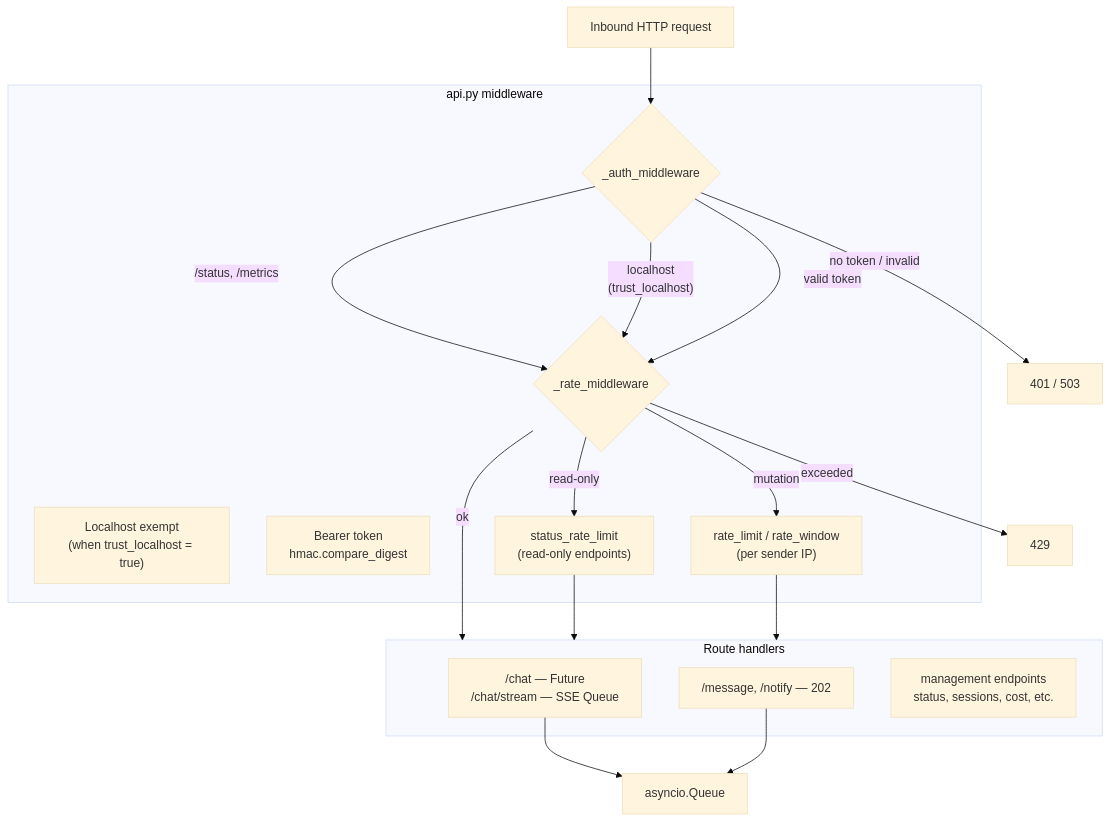
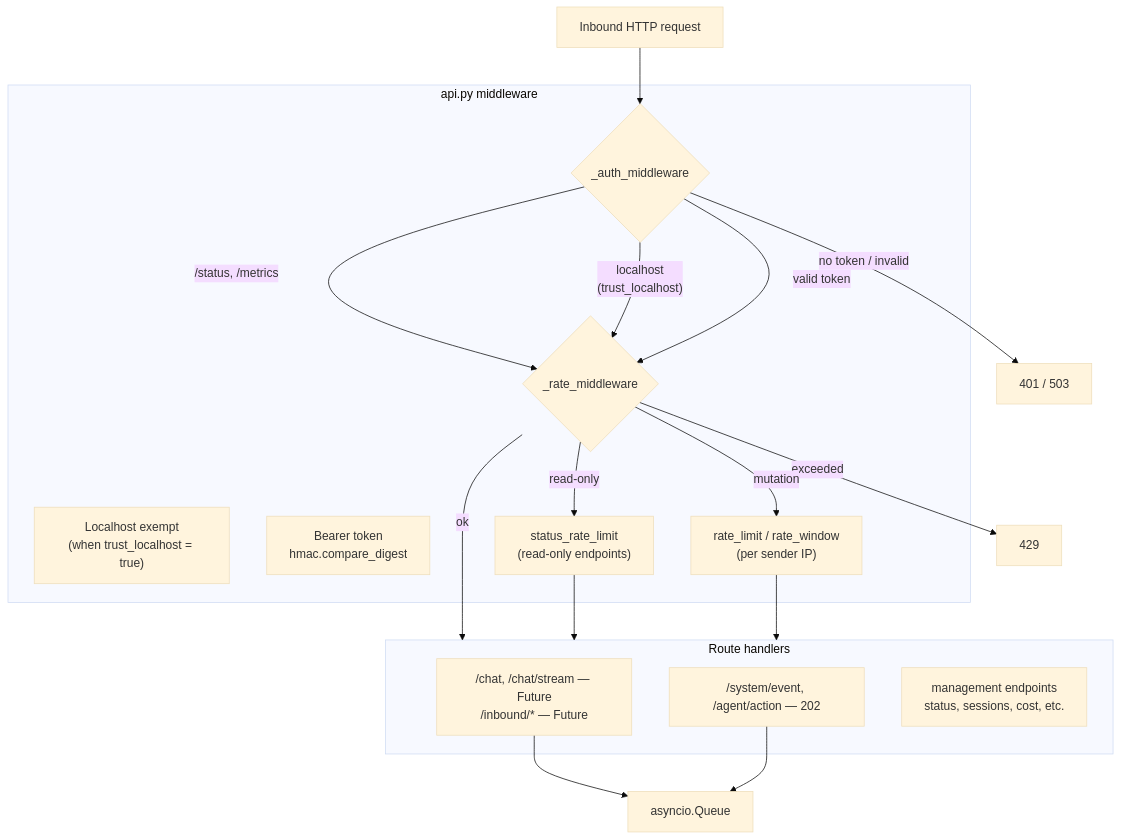
The eighth of 10 diagrams in docs/diagrams.md (nicolasforstinger/lucyd), drawn with Mermaid (base theme) before and after one commit. The commit also changed other lines of this file and 4 other files, not shown here.

````diff
--- a/docs/diagrams.md
+++ b/docs/diagrams.md
@@ -583,33 +596,33 @@
 ```mermaid
 flowchart TD
     REQ["Inbound HTTP request"]
 
     subgraph Middleware["api.py middleware"]
         AUTH{"_auth_middleware"}
         LOCALHOST["Localhost exempt<br/>(when trust_localhost = true)"]
         TOKEN["Bearer token<br/>hmac.compare_digest"]
         RATE{"_rate_middleware"}
         RATE_RO["status_rate_limit<br/>(read-only endpoints)"]
         RATE_RW["rate_limit / rate_window<br/>(per sender IP)"]
     end
 
     subgraph Handlers["Route handlers"]
-        SYNC["/chat — Future<br/>/chat/stream — SSE Queue"]
-        ASYNC["/message, /notify — 202"]
+        SYNC["/chat, /chat/stream — Future<br/>/inbound/* — Future"]
+        ASYNC["/system/event, /agent/action — 202"]
         MGMT["management endpoints<br/>status, sessions, cost, etc."]
     end
 
     Q["asyncio.Queue"]
 
     REQ --> AUTH
     AUTH -->|"/status, /metrics"| RATE
     AUTH -->|"localhost<br/>(trust_localhost)"| RATE
     AUTH -->|valid token| RATE
     AUTH -->|"no token / invalid"| REJECT["401 / 503"]
     RATE -->|ok| Handlers
     RATE -->|exceeded| REJECT429["429"]
     RATE -->|read-only| RATE_RO --> Handlers
     RATE -->|mutation| RATE_RW --> Handlers
     SYNC --> Q
     ASYNC --> Q
 ```
````
